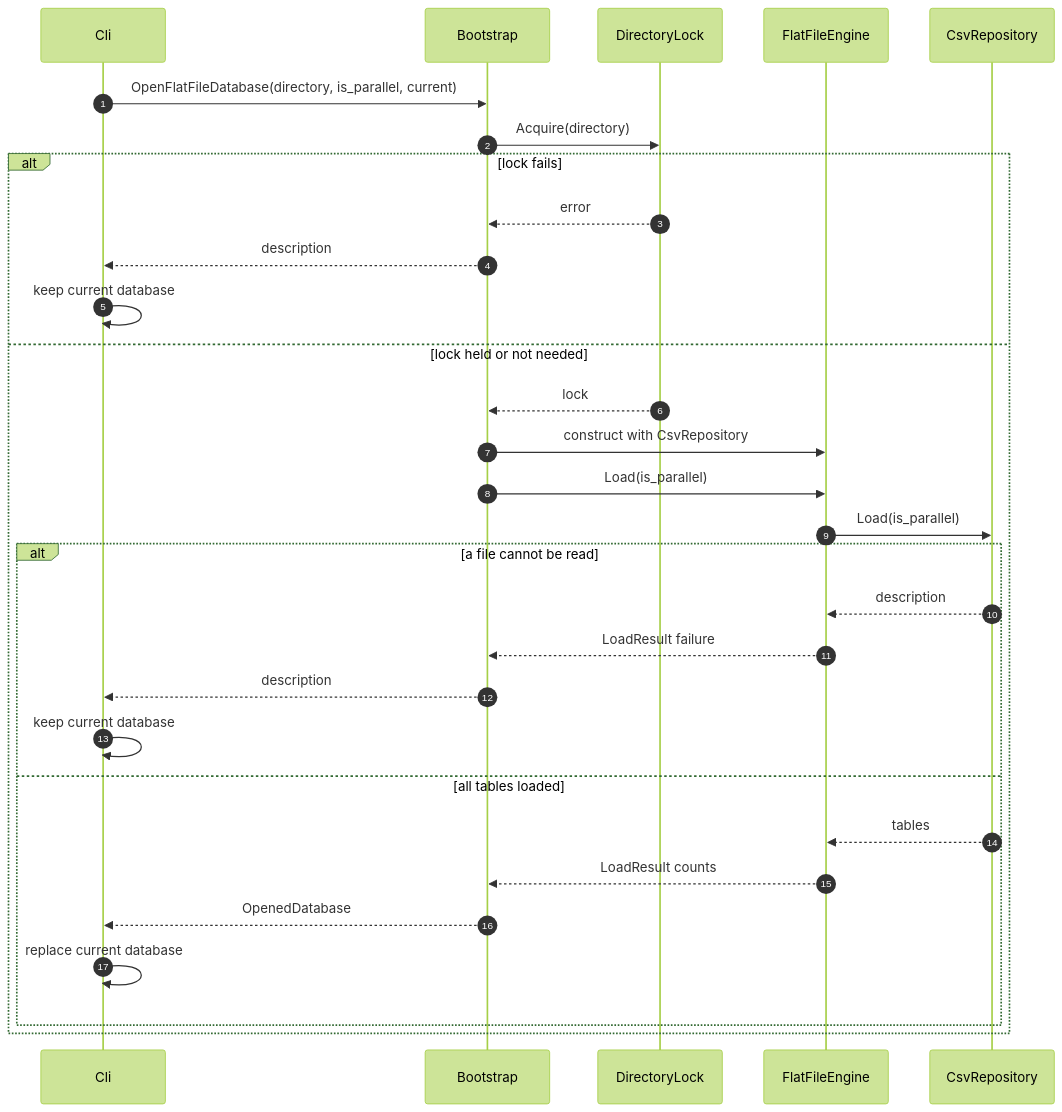
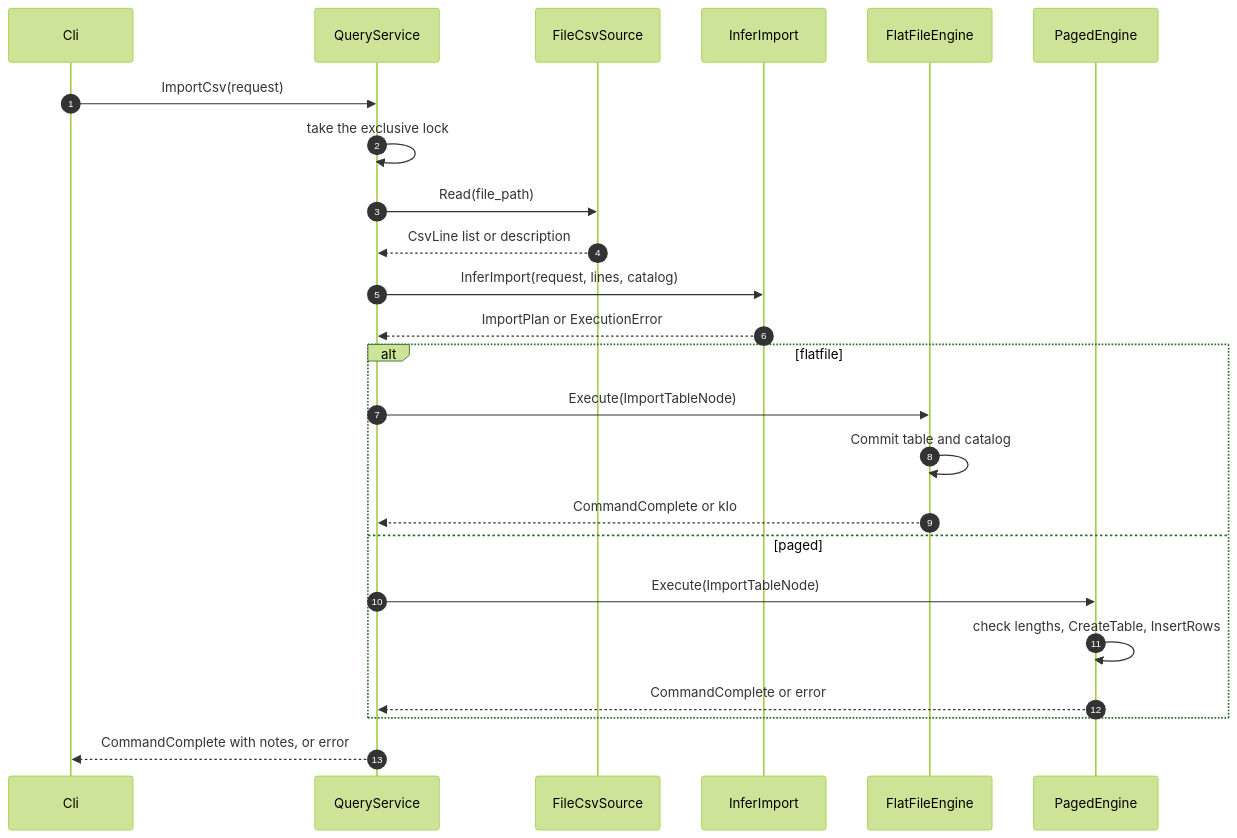
The tenth of 11 diagrams in docs/DesignDocument.md (daniel-gs-93/flatfiledb), drawn with Mermaid (forest theme) before and after one commit. The commit also changed other lines of this file and 76 other files, not shown here.

Commit message:
fix: correct flatfile and paged defects and reorganize the docs

````diff
--- a/docs/DesignDocument.md
+++ b/docs/DesignDocument.md
@@ -643,32 +623,26 @@
 ```mermaid
 sequenceDiagram
     autonumber
     participant Cli
-    participant Bootstrap
-    participant DirectoryLock
+    participant QueryService
+    participant FileCsvSource
+    participant InferImport
     participant FlatFileEngine
-    participant CsvRepository
-    Cli->>Bootstrap: OpenFlatFileDatabase(directory, is_parallel, current)
-    Bootstrap->>DirectoryLock: Acquire(directory)
-    alt lock fails
-        DirectoryLock-->>Bootstrap: error
-        Bootstrap-->>Cli: description
-        Cli->>Cli: keep current database
-    else lock held or not needed
-        DirectoryLock-->>Bootstrap: lock
-        Bootstrap->>FlatFileEngine: construct with CsvRepository
-        Bootstrap->>FlatFileEngine: Load(is_parallel)
-        FlatFileEngine->>CsvRepository: Load(is_parallel)
-        alt a file cannot be read
-            CsvRepository-->>FlatFileEngine: description
-            FlatFileEngine-->>Bootstrap: LoadResult failure
-            Bootstrap-->>Cli: description
-            Cli->>Cli: keep current database
-        else all tables loaded
-            CsvRepository-->>FlatFileEngine: tables
-            FlatFileEngine-->>Bootstrap: LoadResult counts
-            Bootstrap-->>Cli: OpenedDatabase
-            Cli->>Cli: replace current database
-        end
+    participant PagedEngine
+    Cli->>QueryService: ImportCsv(request)
+    QueryService->>QueryService: take the exclusive lock
+    QueryService->>FileCsvSource: Read(file_path)
+    FileCsvSource-->>QueryService: CsvLine list or description
+    QueryService->>InferImport: InferImport(request, lines, catalog)
+    InferImport-->>QueryService: ImportPlan or ExecutionError
+    alt flatfile
+        QueryService->>FlatFileEngine: Execute(ImportTableNode)
+        FlatFileEngine->>FlatFileEngine: Commit table and catalog
+        FlatFileEngine-->>QueryService: CommandComplete or kIo
+    else paged
+        QueryService->>PagedEngine: Execute(ImportTableNode)
+        PagedEngine->>PagedEngine: check lengths, CreateTable, InsertRows
+        PagedEngine-->>QueryService: CommandComplete or error
     end
+    QueryService-->>Cli: CommandComplete with notes, or error
 ```
````
